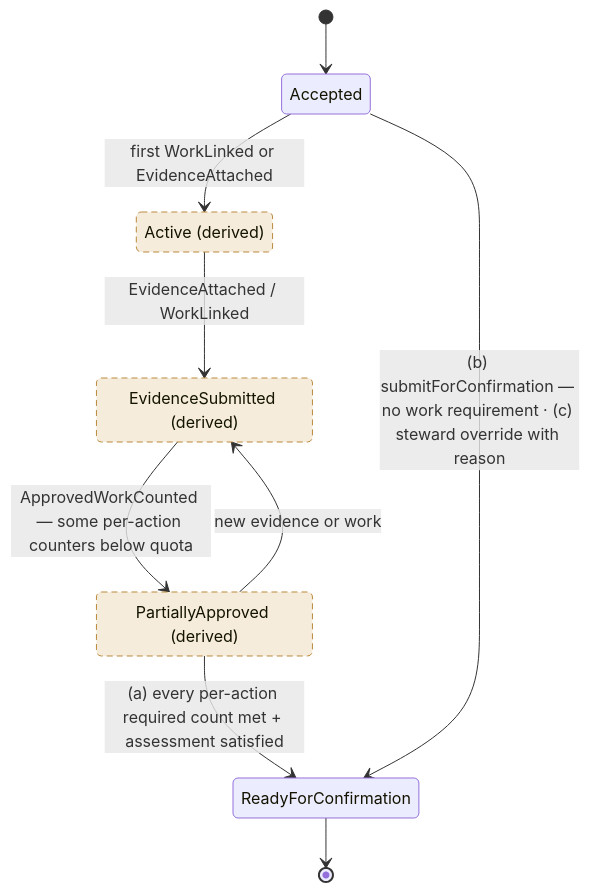
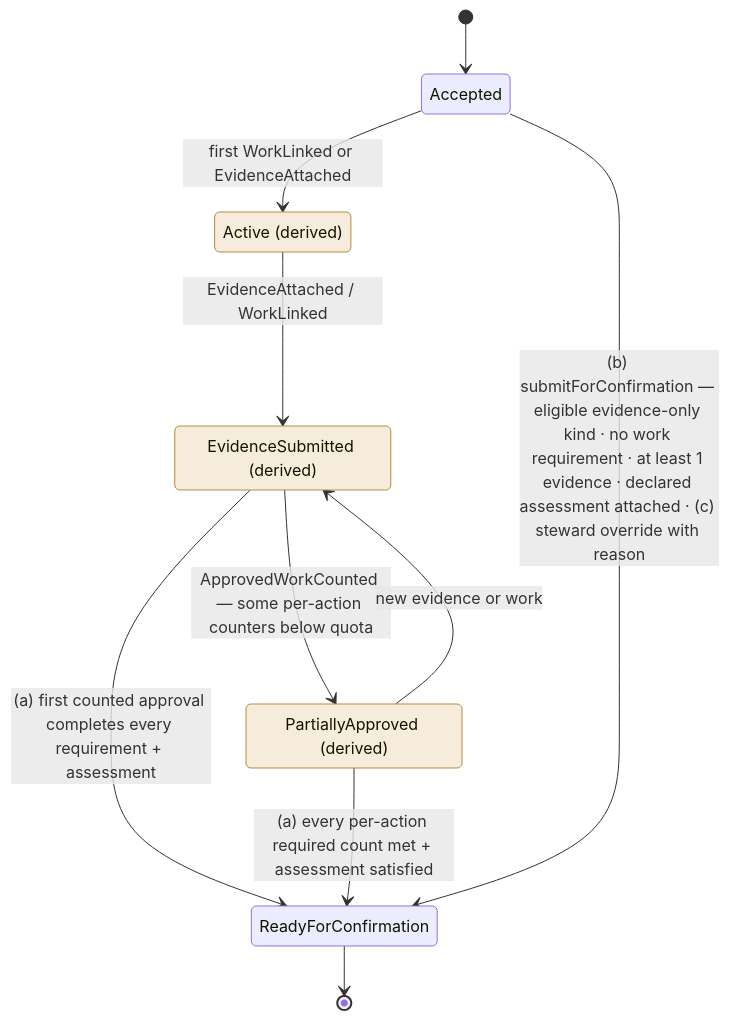
Before and after one commit to greenpill-dev-guild/green-goods: the ninth of 20 diagrams in .plans/active/commitment-pooling/diagrams.md, drawn with Mermaid. The commit also changed other lines of this file and 13 other files, not shown here.

````diff
--- a/.plans/active/commitment-pooling/diagrams.md
+++ b/.plans/active/commitment-pooling/diagrams.md
@@ -404,18 +440,19 @@
 ```mermaid
 stateDiagram-v2
-  classDef derived fill:#f6ecdc,stroke:#b98a3e,stroke-dasharray: 6 4
+  classDef derived fill:#f6ecdc,stroke:#b98a3e
   Active: Active (derived)
   EvidenceSubmitted: EvidenceSubmitted (derived)
   PartiallyApproved: PartiallyApproved (derived)
   [*] --> Accepted
   Accepted --> Active : first WorkLinked or EvidenceAttached
   Active --> EvidenceSubmitted : EvidenceAttached / WorkLinked
   EvidenceSubmitted --> PartiallyApproved : ApprovedWorkCounted — some per-action counters below quota
   PartiallyApproved --> EvidenceSubmitted : new evidence or work
+  EvidenceSubmitted --> ReadyForConfirmation : (a) first counted approval completes every requirement + assessment
   PartiallyApproved --> ReadyForConfirmation : (a) every per-action required count met + assessment satisfied
-  Accepted --> ReadyForConfirmation : (b) submitForConfirmation — no work requirement · (c) steward override with reason
+  Accepted --> ReadyForConfirmation : (b) submitForConfirmation — eligible evidence-only kind · no work requirement · at least 1 evidence · declared assessment attached · (c) steward override with reason
   ReadyForConfirmation --> [*]
   class Active derived
   class EvidenceSubmitted derived
   class PartiallyApproved derived
 ```
````
